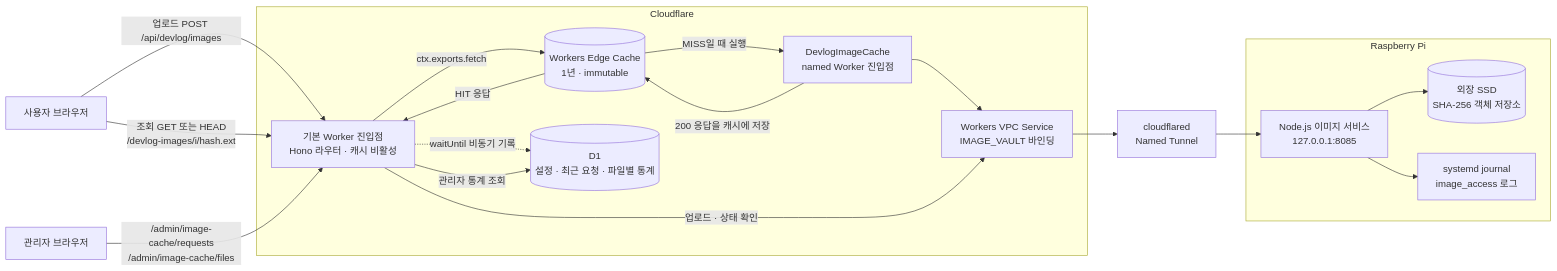
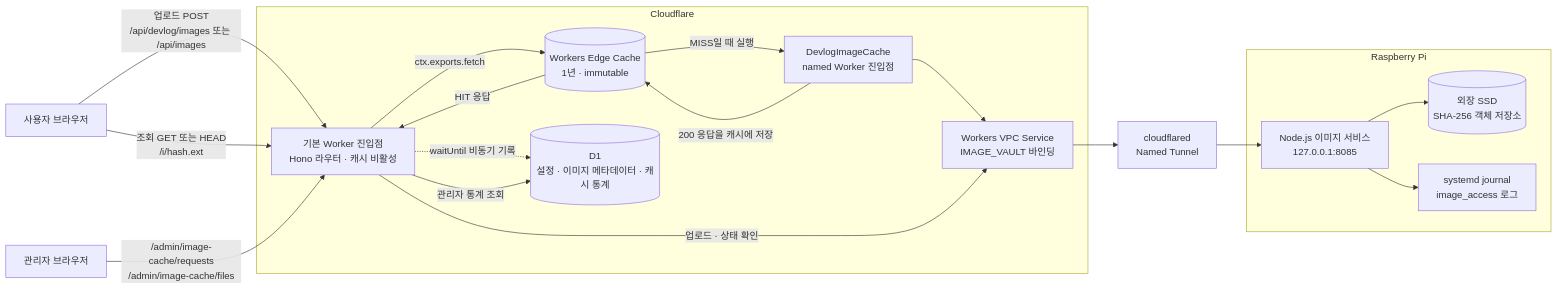
The first of 3 diagrams in docs/IMAGE_ATTACHMENT_SERVICE_ARCHITECTURE.md (Nanjang/codexboard), drawn with Mermaid before and after one commit. The commit also changed other lines of this file, not shown here.

Commit message:
docs: align image architecture with unified route

````diff
--- a/docs/IMAGE_ATTACHMENT_SERVICE_ARCHITECTURE.md
+++ b/docs/IMAGE_ATTACHMENT_SERVICE_ARCHITECTURE.md
@@ -7,37 +7,37 @@
 ```mermaid
 flowchart LR
     browser["사용자 브라우저"]
     admin["관리자 브라우저"]
 
     subgraph cloudflare["Cloudflare"]
         gateway["기본 Worker 진입점<br/>Hono 라우터 · 캐시 비활성"]
         cachedEntry["DevlogImageCache<br/>named Worker 진입점"]
         edgeCache[("Workers Edge Cache<br/>1년 · immutable")]
-        d1[("D1<br/>설정 · 최근 요청 · 파일별 통계")]
+        d1[("D1<br/>설정 · 이미지 메타데이터 · 캐시 통계")]
         vpc["Workers VPC Service<br/>IMAGE_VAULT 바인딩"]
     end
 
     tunnel["cloudflared<br/>Named Tunnel"]
 
     subgraph raspberry["Raspberry Pi"]
         imageService["Node.js 이미지 서비스<br/>127.0.0.1:8085"]
         ssd[("외장 SSD<br/>SHA-256 객체 저장소")]
         journal["systemd journal<br/>image_access 로그"]
     end
 
-    browser -->|"업로드 POST /api/devlog/images"| gateway
-    browser -->|"조회 GET 또는 HEAD<br/>/devlog-images/i/hash.ext"| gateway
+    browser -->|"업로드 POST<br/>/api/devlog/images 또는 /api/images"| gateway
+    browser -->|"조회 GET 또는 HEAD<br/>/i/hash.ext"| gateway
     gateway -->|"ctx.exports.fetch"| edgeCache
     edgeCache -->|"MISS일 때 실행"| cachedEntry
     edgeCache -->|"HIT 응답"| gateway
     cachedEntry --> vpc
     gateway -->|"업로드 · 상태 확인"| vpc
     vpc --> tunnel
     tunnel --> imageService
     imageService --> ssd
     imageService --> journal
     cachedEntry -->|"200 응답을 캐시에 저장"| edgeCache
     gateway -.->|"waitUntil 비동기 기록"| d1
     admin -->|"/admin/image-cache/requests<br/>/admin/image-cache/files"| gateway
     gateway -->|"관리자 통계 조회"| d1
 ```
````
